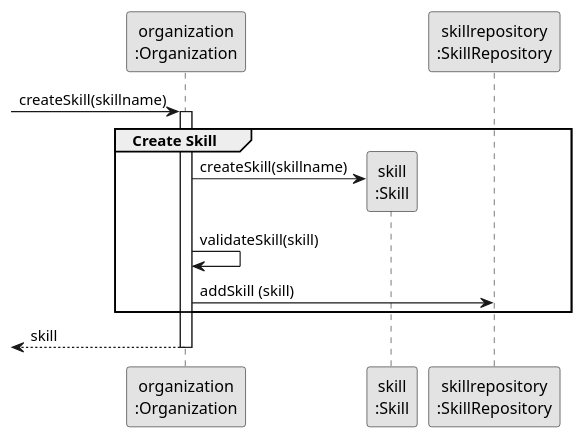
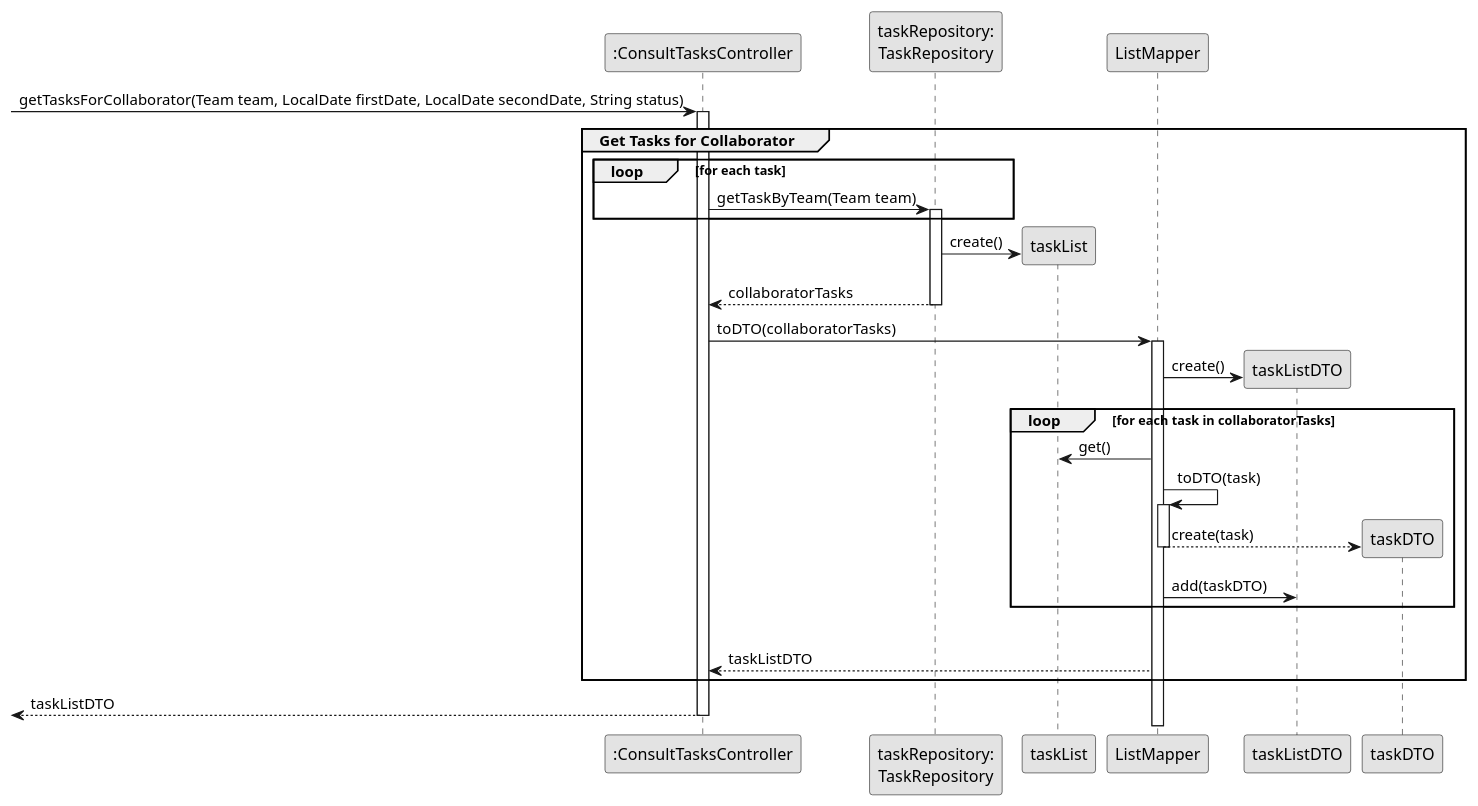
The diagram in docs/sprint3/us028/03.design/puml/us001-sequence-diagram-partial-create-skill.puml (tiagosoa/lei-24-s2-1dgh-g073), drawn with PlantUML before and after one commit. The commit also changed 20 other files, not shown here.

```diff
--- a/docs/sprint3/us028/03.design/puml/us001-sequence-diagram-partial-create-skill.puml
+++ b/docs/sprint3/us028/03.design/puml/us001-sequence-diagram-partial-create-skill.puml
@@ -1,28 +1,61 @@
 @startuml
 skinparam monochrome true
 skinparam packageStyle rectangle
 skinparam shadowing false
 
-participant "organization\n:Organization" as ORG
-participant "skill\n:Skill" as TAREFA
-participant "skillrepository\n:SkillRepository" as SR
-
--> ORG: createSkill(skillname)
-
-activate ORG
-    group Create Skill
-
-        ORG -> TAREFA**: createSkill(skillname)
-        ORG -> ORG: validateSkill(skill)
-        ORG -> SR: addSkill (skill)
 
 
+participant ":ConsultTasksController" as CTRL
+participant "taskRepository:\nTaskRepository" as TAR
+participant "taskList" as TL
+participant "ListMapper" as LM
+participant "taskListDTO" as TLDTO
+participant "taskDTO" as TDTO
+
+        -> CTRL : getTasksForCollaborator(Team team, LocalDate firstDate, LocalDate secondDate, String status)
+                  activate CTRL
+    group Get Tasks for Collaborator
+
+
+                     loop for each task
+                         CTRL -> TAR : getTaskByTeam(Team team)
+                         activate TAR
+                     end
+
+                     TAR -> TL**: create()
+
+                     TAR --> CTRL: collaboratorTasks
+                     deactivate TAR
+
+                     CTRL -> LM: toDTO(collaboratorTasks)
+                     activate LM
+
+                     LM -> TLDTO**: create()
+
+                     loop for each task in collaboratorTasks
+
+                     LM -> TL: get()
+
+                     LM -> LM: toDTO(task)
+                     activate LM
+
+                     LM --> TDTO**: create(task)
+                     deactivate LM
+
+                     LM -> TLDTO: add(taskDTO)
+                     end
+
+
+
+                     |||
+
+                         LM --> CTRL : taskListDTO
 
 
     end
 
-    <-- ORG : skill
-deactivate ORG
+    <-- CTRL : taskListDTO
+deactivate CTRL
 
 
 @enduml
```
